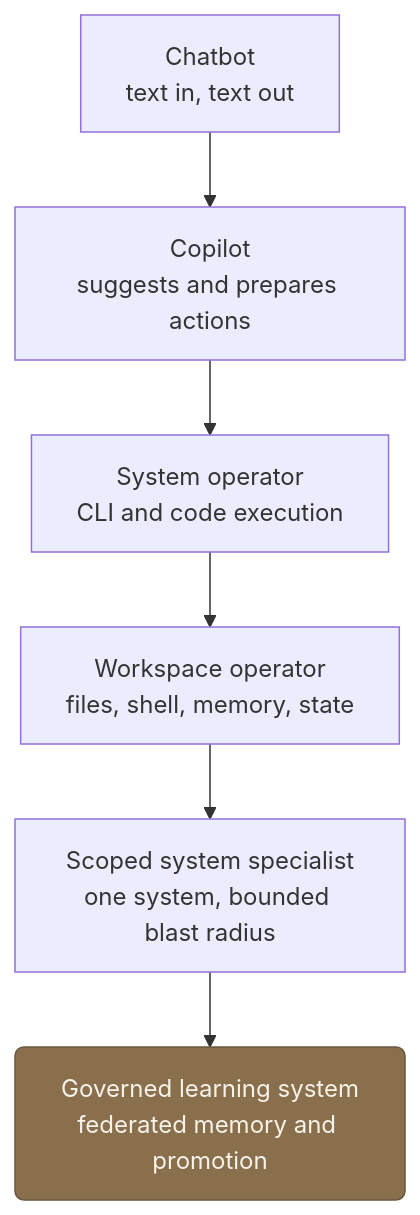
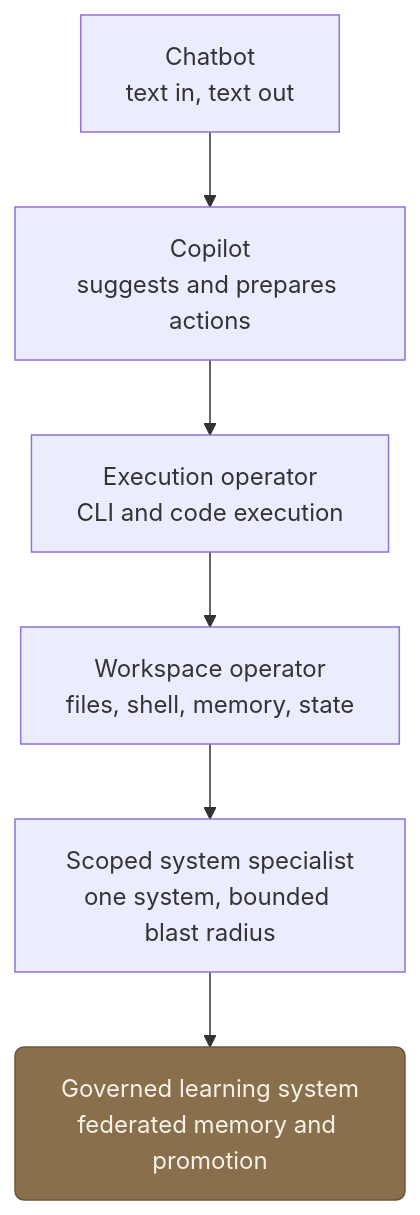
The first of 2 diagrams in content/thoughts/from-chatbots-to-system-operators.md (FVossebeld/FVossebeld.github.io), drawn with Mermaid before and after one commit. The commit also changed 3 other files, not shown here.

````diff
--- a/content/thoughts/from-chatbots-to-system-operators.md
+++ b/content/thoughts/from-chatbots-to-system-operators.md
@@ -64,13 +64,13 @@
 ```mermaid
 flowchart TD
   accTitle: How agents evolve from chatbots into governed system operators
   accDescr: A six-stage progression: Chatbot, Copilot, System operator, Workspace operator, Scoped specialist, and Governed learning system.
 
   classDef accent fill:#8a6f4d,stroke:#6b5740,color:#f7f3ea,rx:6,ry:6
 
   A[Chatbot<br/>text in, text out] --> B[Copilot<br/>suggests and prepares actions]
-  B --> C[System operator<br/>CLI and code execution]
+  B --> C[Execution operator<br/>CLI and code execution]
   C --> D[Workspace operator<br/>files, shell, memory, state]
   D --> E[Scoped system specialist<br/>one system, bounded blast radius]
   E --> F[Governed learning system<br/>federated memory and promotion]:::accent
 ```
````
